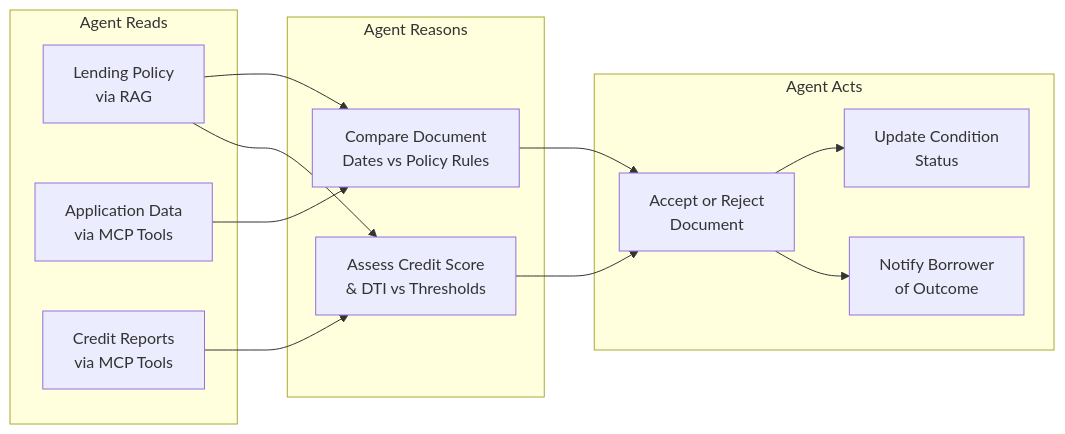
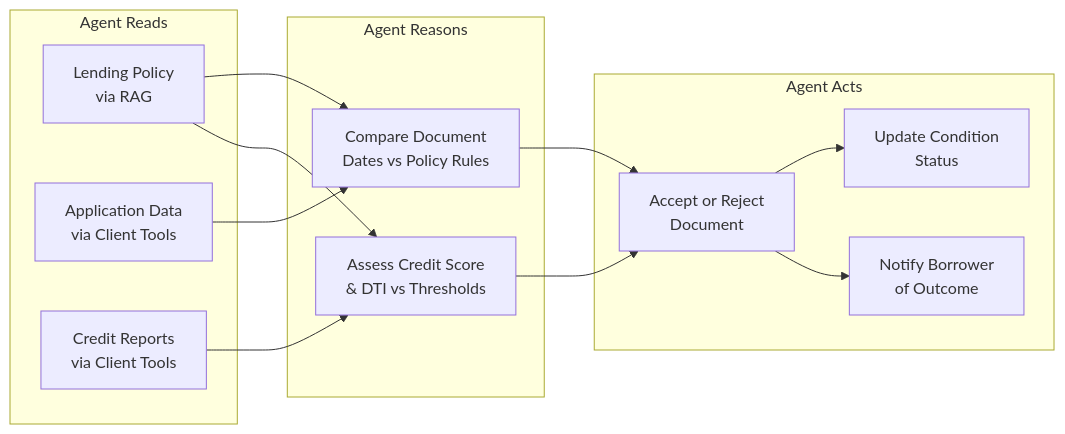
The third of 5 diagrams in mortgage-use-case/README.md (rrbanda/agent-workshop), drawn with Mermaid before and after one commit. The commit also changed other lines of this file and 18 other files, not shown here.

First line of the commit message:
Update docs for accuracy: TrustyAI safety, client-side tools, embedding/vector provider notes, and GH Pages sync

````diff
--- a/mortgage-use-case/README.md
+++ b/mortgage-use-case/README.md
@@ -73,28 +73,28 @@
 ```mermaid
 flowchart LR
     subgraph inputs [Agent Reads]
         RAG[Lending Policy\nvia RAG]
-        Tools[Application Data\nvia MCP Tools]
-        Credit[Credit Reports\nvia MCP Tools]
+        Tools[Application Data\nvia Client Tools]
+        Credit[Credit Reports\nvia Client Tools]
     end
 
     subgraph reasoning [Agent Reasons]
         Compare[Compare Document\nDates vs Policy Rules]
         Assess[Assess Credit Score\n& DTI vs Thresholds]
     end
 
     subgraph actions [Agent Acts]
         AcceptReject[Accept or Reject\nDocument]
         UpdateCond[Update Condition\nStatus]
         SendNotif[Notify Borrower\nof Outcome]
     end
 
     RAG --> Compare
     Tools --> Compare
     Credit --> Assess
     RAG --> Assess
     Compare --> AcceptReject
     Assess --> AcceptReject
     AcceptReject --> UpdateCond
     AcceptReject --> SendNotif
 ```
````
